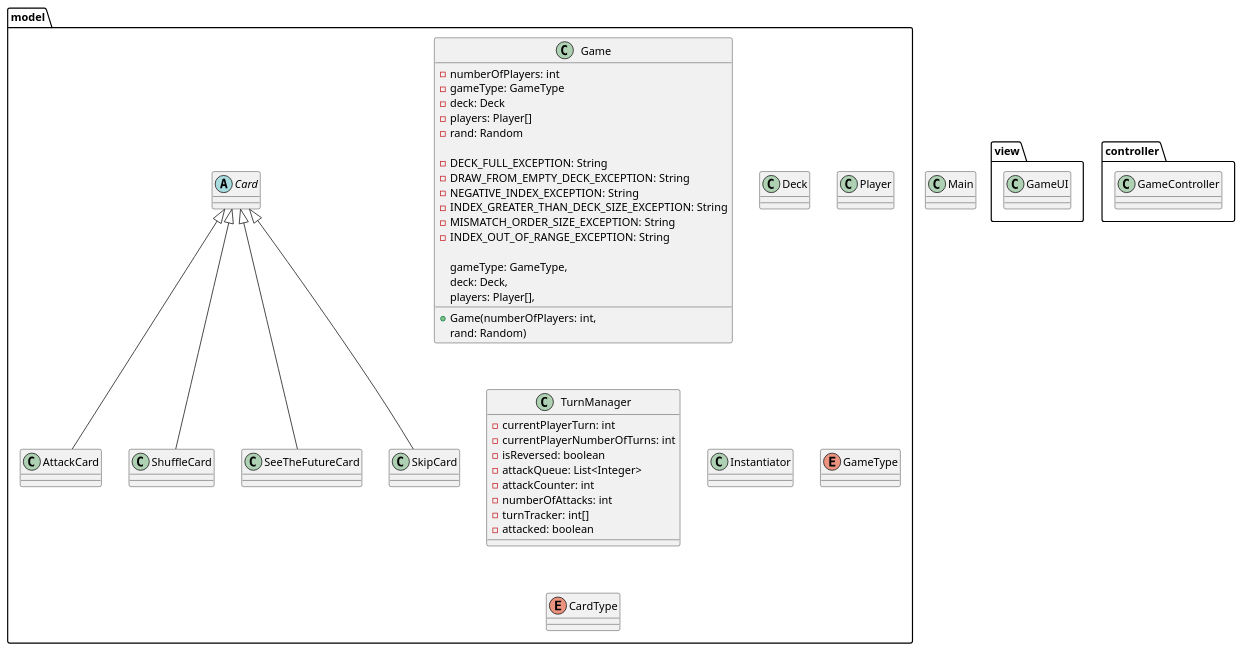
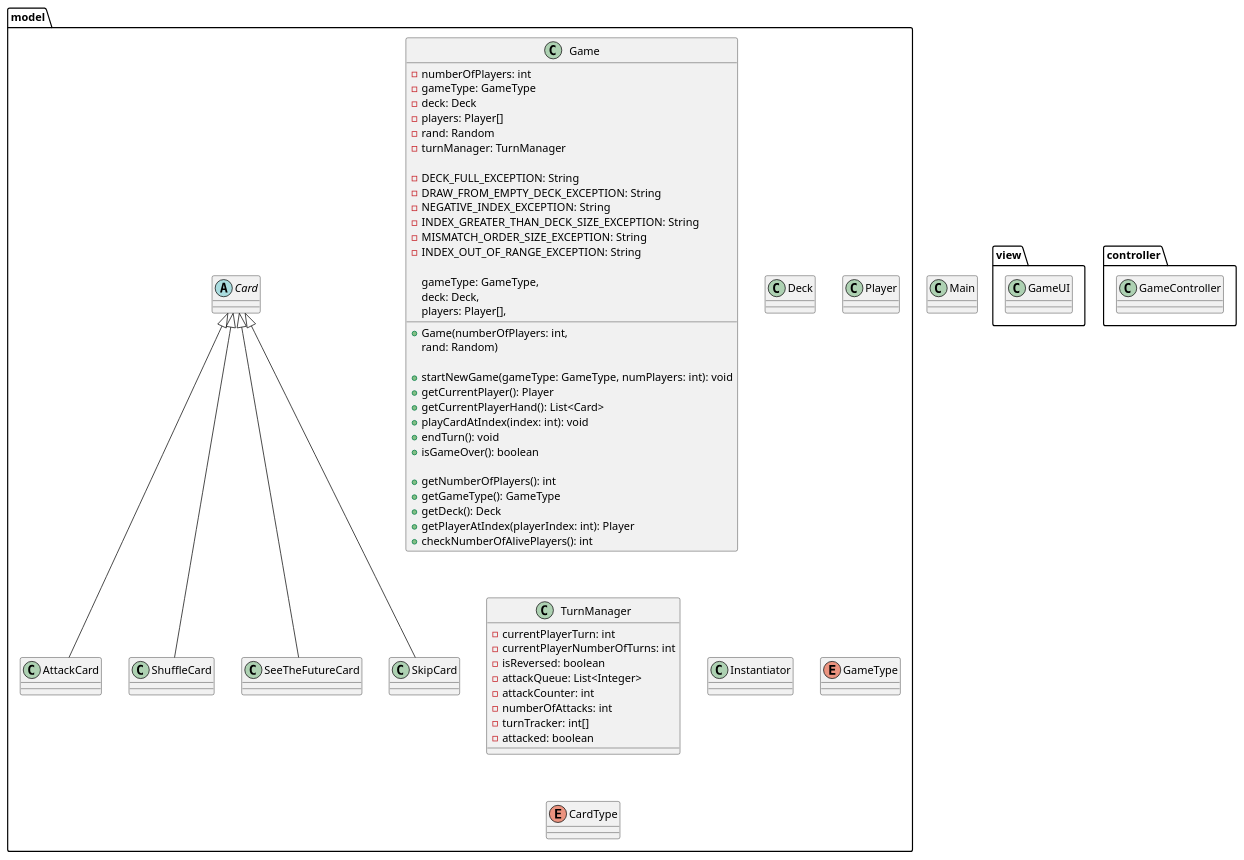
One commit to nu-cs-sw-design/project-20252601-solid changed the diagram in docs/design/new.puml. Above: the diagram before and after it, drawn with PlantUML.

Commit message:
Update Game UML

```diff
--- a/docs/design/new.puml
+++ b/docs/design/new.puml
@@ -1,78 +1,92 @@
 @startuml
 package model {
 
     class Game {
         - numberOfPlayers: int
         - gameType: GameType
         - deck: Deck
         - players: Player[]
         - rand: Random
+        - turnManager: TurnManager
 
         - DECK_FULL_EXCEPTION: String
         - DRAW_FROM_EMPTY_DECK_EXCEPTION: String
         - NEGATIVE_INDEX_EXCEPTION: String
         - INDEX_GREATER_THAN_DECK_SIZE_EXCEPTION: String
         - MISMATCH_ORDER_SIZE_EXCEPTION: String
         - INDEX_OUT_OF_RANGE_EXCEPTION: String
 
         + Game(numberOfPlayers: int,
                gameType: GameType,
                deck: Deck,
                players: Player[],
                rand: Random)
+
+        + startNewGame(gameType: GameType, numPlayers: int): void
+        + getCurrentPlayer(): Player
+        + getCurrentPlayerHand(): List<Card>
+        + playCardAtIndex(index: int): void
+        + endTurn(): void
+        + isGameOver(): boolean
+
+        + getNumberOfPlayers(): int
+        + getGameType(): GameType
+        + getDeck(): Deck
+        + getPlayerAtIndex(playerIndex: int): Player
+        + checkNumberOfAlivePlayers(): int
     }
 
     class Deck {
     }
 
     class Player {
     }
 
     abstract class Card {
     }
 
     class TurnManager {
         - currentPlayerTurn: int
         - currentPlayerNumberOfTurns: int
         - isReversed: boolean
         - attackQueue: List<Integer>
         - attackCounter: int
         - numberOfAttacks: int
         - turnTracker: int[]
         - attacked: boolean
     }
 
     class Instantiator {
     }
 
     enum GameType {
     }
 
     enum CardType {
     }
 
     ' Cards to implement
     class AttackCard extends Card {
     }
     class ShuffleCard extends Card {
     }
     class SeeTheFutureCard extends Card {
     }
     class SkipCard extends Card {
     }
 }
 
 package view {
     class GameUI {
     }
 }
 
 package controller {
     class GameController {
     }
 }
 
 class Main {
 }
 
 @enduml
```
